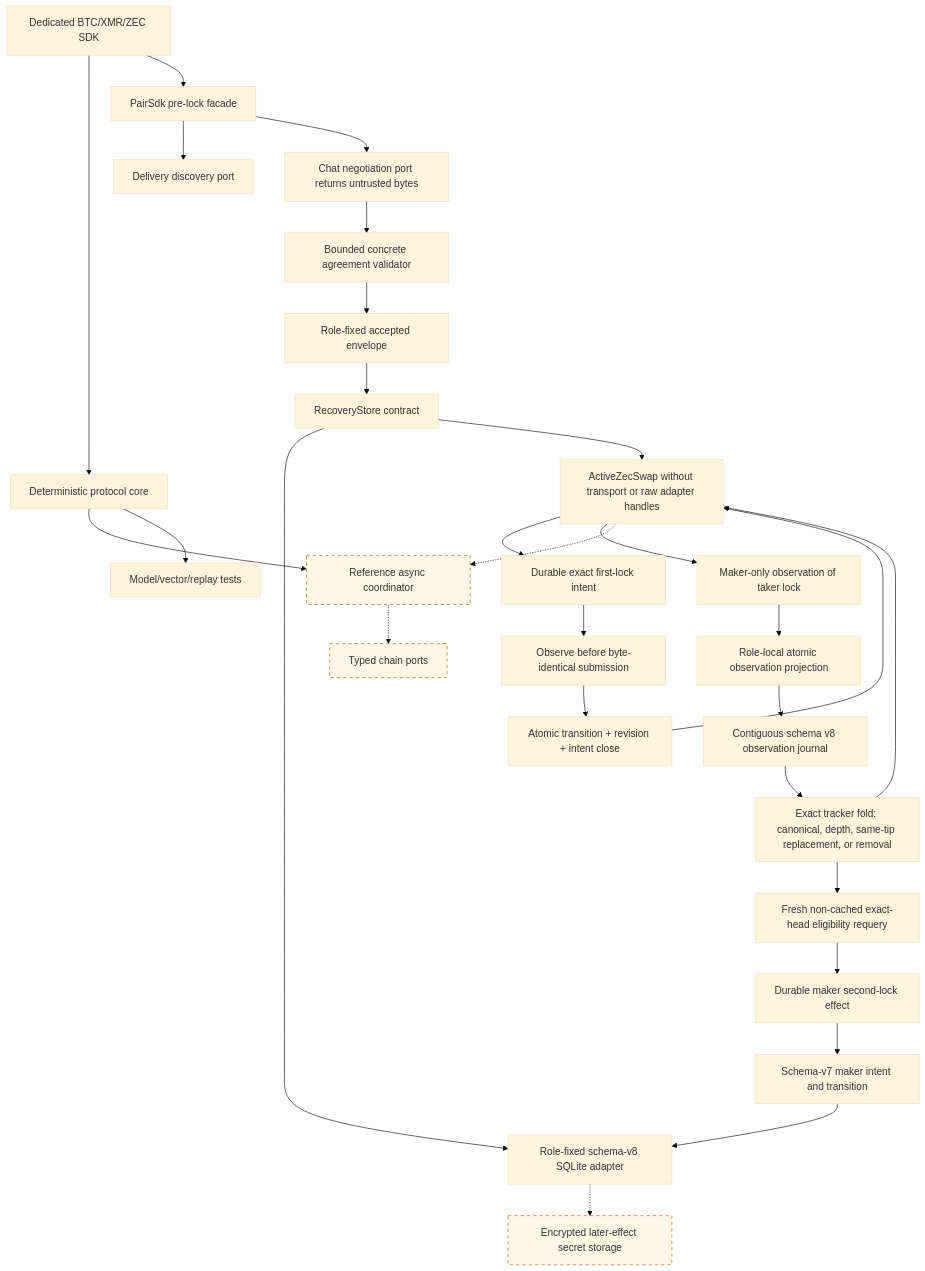
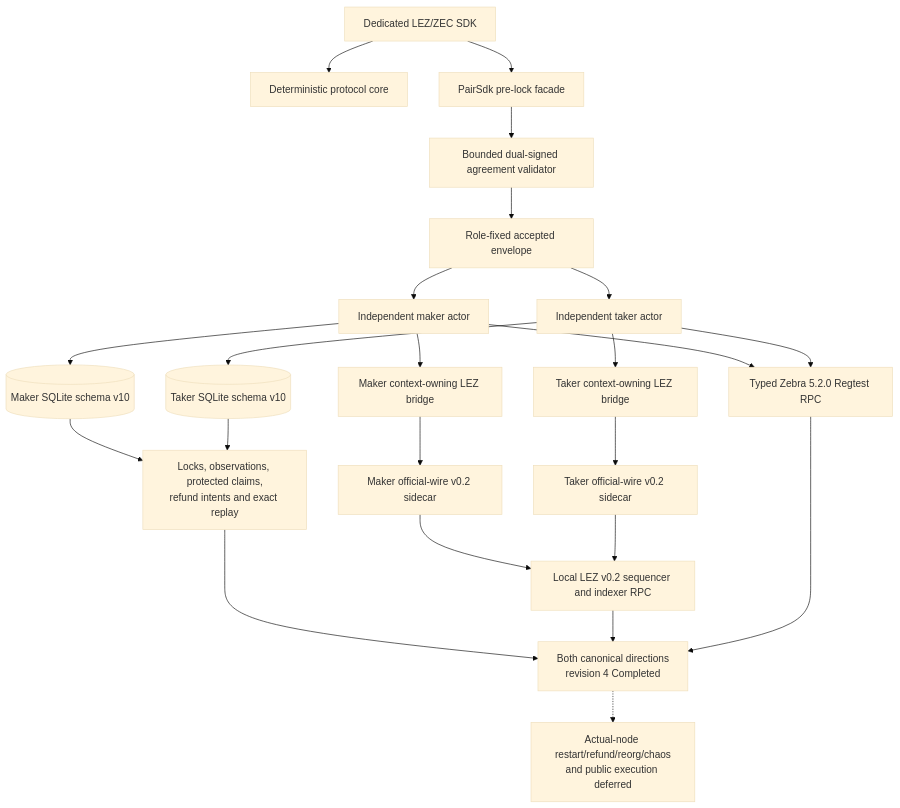
The diagram in docs/architecture/0013-sdk-layering.md (gateway-fm/lez-atomic-swaps), drawn with Mermaid (base theme) before and after one commit. The commit also changed other lines of this file and 12 other files, not shown here.

Commit message:
docs: reconcile M2 architecture with canonical evidence

````diff
--- a/docs/architecture/0013-sdk-layering.md
+++ b/docs/architecture/0013-sdk-layering.md
@@ -7,33 +5,25 @@
 ```mermaid
 flowchart TB
-    Pair["Dedicated BTC/XMR/ZEC SDK"] --> Core["Deterministic protocol core"]
+    Pair["Dedicated LEZ/ZEC SDK"] --> Core["Deterministic protocol core"]
     Pair --> Facade["PairSdk pre-lock facade"]
-    Facade --> Discovery["Delivery discovery port"]
-    Facade --> Negotiation["Chat negotiation port returns untrusted bytes"]
-    Negotiation --> Validator["Bounded concrete agreement validator"]
+    Facade --> Validator["Bounded dual-signed agreement validator"]
     Validator --> Accepted["Role-fixed accepted envelope"]
-    Accepted --> Store["RecoveryStore contract"]
-    Store --> SQLite["Role-fixed schema-v8 SQLite adapter"]
-    Store --> Active["ActiveZecSwap without transport or raw adapter handles"]
-    Active --> Intent["Durable exact first-lock intent"]
-    Intent --> Observe["Observe before byte-identical submission"]
-    Observe --> Projection["Atomic transition + revision + intent close"]
-    Projection --> Active
-    Active --> MakerObserve["Maker-only observation of taker lock"]
-    MakerObserve --> MakerProjection["Role-local atomic observation projection"]
-    MakerProjection --> Journal["Contiguous schema v8 observation journal"]
-    Journal --> Reconcile["Exact tracker fold: canonical, depth, same-tip replacement, or removal"]
-    Reconcile --> Active
-    Reconcile --> Fresh["Fresh non-cached exact-head eligibility requery"]
-    Fresh --> MakerEffect["Durable maker second-lock effect"]
-    MakerEffect --> MakerIntent["Schema-v7 maker intent and transition"]
-    MakerIntent --> SQLite
-    Active -.-> Runtime["Reference async coordinator"]
-    Runtime -.-> Nodes["Typed chain ports"]
-    SQLite -.-> Encrypted["Encrypted later-effect secret storage"]
-    Core --> Runtime
-    Core --> Tests["Model/vector/replay tests"]
-
-    classDef planned stroke-dasharray: 5 5,fill:#fff7e6,stroke:#9a6700;
-    class Runtime,Nodes,Encrypted planned;
+    Accepted --> Maker["Independent maker actor"]
+    Accepted --> Taker["Independent taker actor"]
+    Maker --> MakerStore[("Maker SQLite schema v10")]
+    Taker --> TakerStore[("Taker SQLite schema v10")]
+    Maker --> MakerBridge["Maker context-owning LEZ bridge"]
+    Taker --> TakerBridge["Taker context-owning LEZ bridge"]
+    MakerBridge --> MakerSidecar["Maker official-wire v0.2 sidecar"]
+    TakerBridge --> TakerSidecar["Taker official-wire v0.2 sidecar"]
+    MakerSidecar --> Lez["Local LEZ v0.2 sequencer and indexer RPC"]
+    TakerSidecar --> Lez
+    Maker --> Zebra["Typed Zebra 5.2.0 Regtest RPC"]
+    Taker --> Zebra
+    MakerStore --> Journal["Locks, observations, protected claims,<br/>refund intents and exact replay"]
+    TakerStore --> Journal
+    Journal --> Completed["Both canonical directions<br/>revision 4 Completed"]
+    Lez --> Completed
+    Zebra --> Completed
+    Completed -.-> Deferred["Actual-node restart/refund/reorg/chaos<br/>and public execution deferred"]
 ```
````
